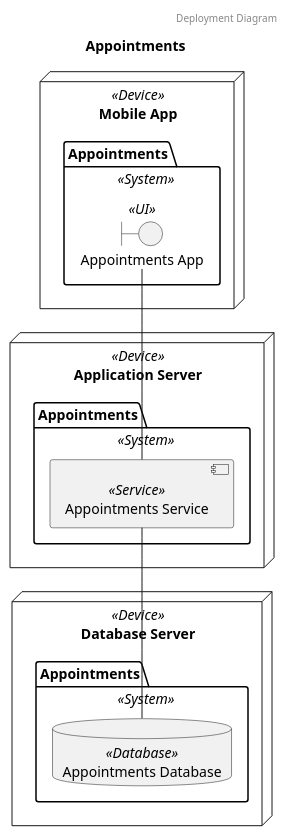
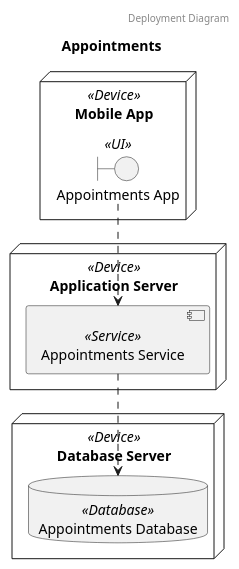
Before and after one commit to garrettsutula/example-trellis-project: the second of 3 diagrams in diagrams/systems/Appointments.puml, drawn with PlantUML. The commit also changed other lines of this file and 23 other files, not shown here.

Commit message:
Update deps, add examples of new diagrams, update for breaking interface changes

```diff
--- a/diagrams/systems/Appointments.puml
+++ b/diagrams/systems/Appointments.puml
@@ -15,24 +15,15 @@
 @startuml Deployment Diagram Appointments
 header Deployment Diagram
 title Appointments
-	node "Mobile App" as Mobile_App <<Device>> {
-		package "Appointments" as Appointments_Mobile_App_package <<System>>{
-			boundary "Appointments App" as Appointments_App <<UI>>
-		}
-	}
-
-	node "Application Server" as Application_Server <<Device>> {
-		package "Appointments" as Appointments_Application_Server_package <<System>>{
-			component "Appointments Service" as Appointments_Service <<Service>>
-		}
-	}
-
-	node "Database Server" as Database_Server <<Device>> {
-		package "Appointments" as Appointments_Database_Server_package <<System>>{
-			database "Appointments Database" as Appointments_Database <<Database>>
-		}
-	}
-
-	Appointments_App -- Appointments_Service
-	Appointments_Service -- Appointments_Database
+node "Mobile App" as Mobile_App <<Device>> {
+	boundary "Appointments App" as Appointments_App <<UI>>
+}
+node "Application Server" as Application_Server <<Device>> {
+	component "Appointments Service" as Appointments_Service <<Service>>
+}
+node "Database Server" as Database_Server <<Device>> {
+	database "Appointments Database" as Appointments_Database <<Database>>
+}
+	Appointments_App .down-> Appointments_Service
+	Appointments_Service .down-> Appointments_Database
 @enduml
```
